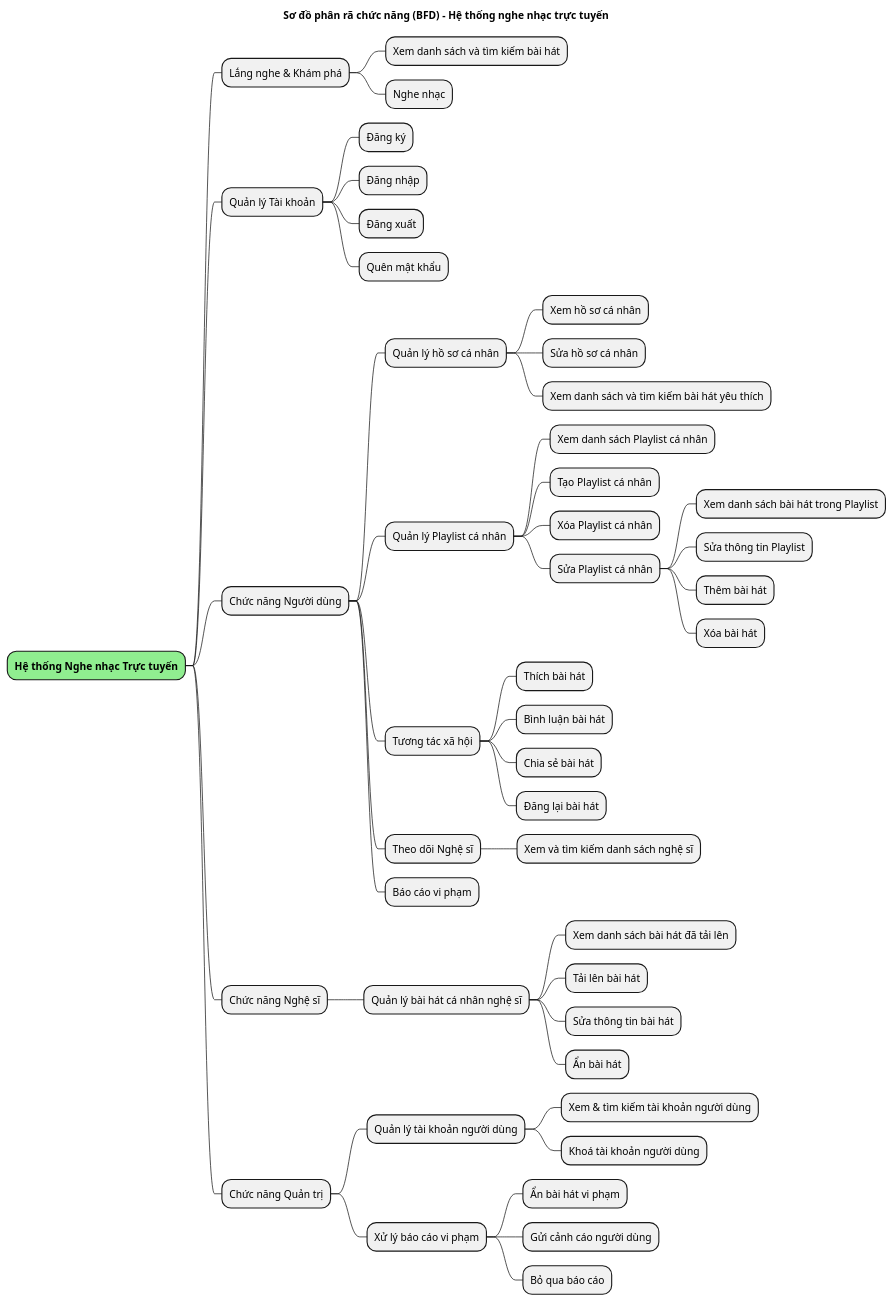
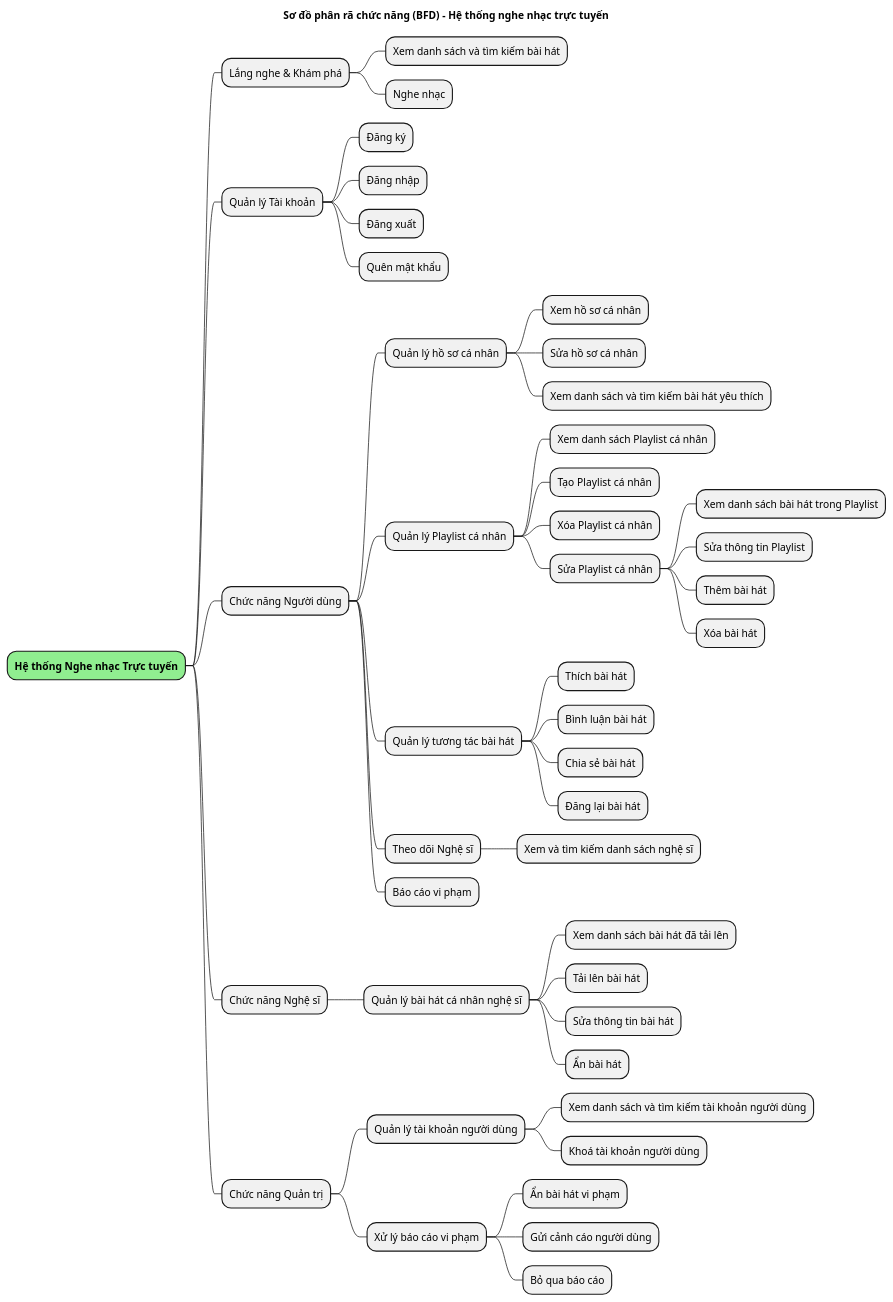
The diagram in Diagrams/BFD.plantuml (vinh047/soundwave), drawn with PlantUML before and after one commit. The commit also changed 5 other files, not shown here.

```diff
--- a/Diagrams/BFD.plantuml
+++ b/Diagrams/BFD.plantuml
@@ -1,50 +1,50 @@
 @startmindmap BFD
 title Sơ đồ phân rã chức năng (BFD) - Hệ thống nghe nhạc trực tuyến
 
 *[#lightgreen] **Hệ thống Nghe nhạc Trực tuyến**
 ** Lắng nghe & Khám phá
 *** Xem danh sách và tìm kiếm bài hát
 *** Nghe nhạc
 ** Quản lý Tài khoản
 *** Đăng ký
 *** Đăng nhập
 *** Đăng xuất
 *** Quên mật khẩu
 ** Chức năng Người dùng
 *** Quản lý hồ sơ cá nhân
 **** Xem hồ sơ cá nhân
 **** Sửa hồ sơ cá nhân
 **** Xem danh sách và tìm kiếm bài hát yêu thích
 *** Quản lý Playlist cá nhân
 **** Xem danh sách Playlist cá nhân
 **** Tạo Playlist cá nhân
 **** Xóa Playlist cá nhân
 **** Sửa Playlist cá nhân
 ***** Xem danh sách bài hát trong Playlist
 ***** Sửa thông tin Playlist
 ***** Thêm bài hát
 ***** Xóa bài hát
-*** Tương tác xã hội
+*** Quản lý tương tác bài hát
 **** Thích bài hát
 **** Bình luận bài hát
 **** Chia sẻ bài hát
 **** Đăng lại bài hát
 *** Theo dõi Nghệ sĩ
 **** Xem và tìm kiếm danh sách nghệ sĩ
 *** Báo cáo vi phạm
 ** Chức năng Nghệ sĩ
 *** Quản lý bài hát cá nhân nghệ sĩ
 **** Xem danh sách bài hát đã tải lên
 **** Tải lên bài hát
 **** Sửa thông tin bài hát
 **** Ẩn bài hát
 ** Chức năng Quản trị
 *** Quản lý tài khoản người dùng
-**** Xem & tìm kiếm tài khoản người dùng
+**** Xem danh sách và tìm kiếm tài khoản người dùng
 **** Khoá tài khoản người dùng
 *** Xử lý báo cáo vi phạm
 **** Ẩn bài hát vi phạm
 **** Gửi cảnh cáo người dùng
 **** Bỏ qua báo cáo
 
 @endmindmap
```
